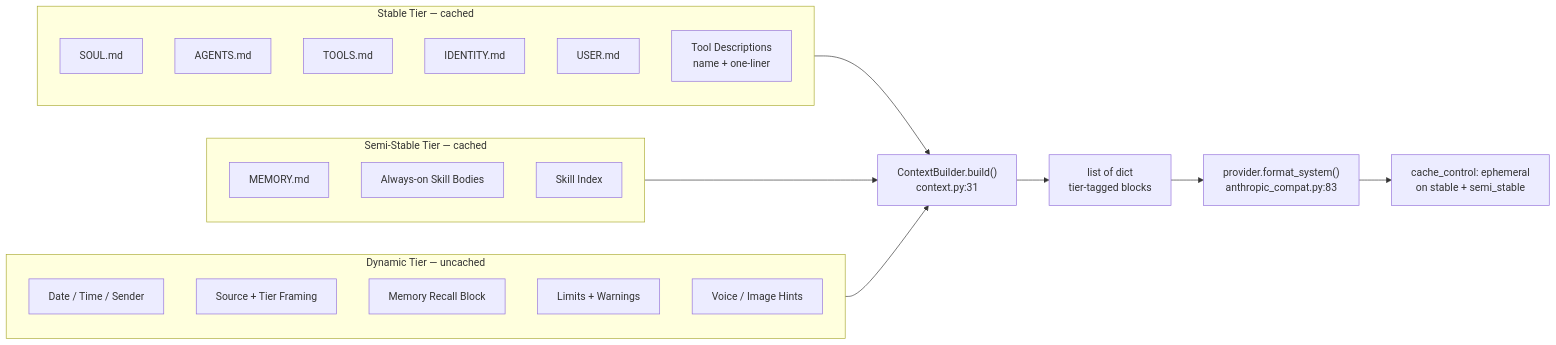
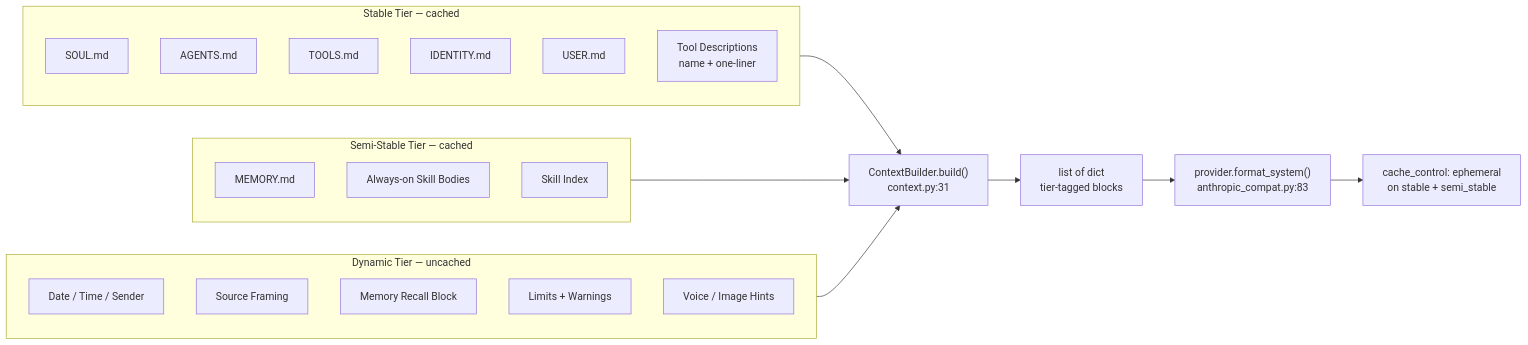
Before and after one commit to nicolasforstinger/lucyd: the third of 8 diagrams in docs/diagrams.md, drawn with Mermaid. The commit also changed other lines of this file and 42 other files, not shown here.

````diff
--- a/docs/diagrams.md
+++ b/docs/diagrams.md
@@ -92,35 +91,35 @@
 ```mermaid
 flowchart LR
     subgraph Stable["Stable Tier — cached"]
         SOUL["SOUL.md"]
         AGENTS["AGENTS.md"]
         TOOLS_MD["TOOLS.md"]
         IDENTITY["IDENTITY.md"]
         USER_MD["USER.md"]
         TOOL_DESC["Tool Descriptions<br/>name + one-liner"]
     end
 
     subgraph Semi["Semi-Stable Tier — cached"]
         MEMORY_MD["MEMORY.md"]
         SKILLS["Always-on Skill Bodies"]
         SKILL_IDX["Skill Index"]
     end
 
     subgraph Dynamic["Dynamic Tier — uncached"]
         TIME["Date / Time / Sender"]
-        SOURCE["Source + Tier Framing"]
+        SOURCE["Source Framing"]
         RECALL["Memory Recall Block"]
         LIMITS["Limits + Warnings"]
         VOICE["Voice / Image Hints"]
     end
 
     BUILD["ContextBuilder.build()<br/>context.py:31"]
     BLOCKS["list of dict<br/>tier-tagged blocks"]
     FORMAT["provider.format_system()<br/>anthropic_compat.py:83"]
     CACHED["cache_control: ephemeral<br/>on stable + semi_stable"]
 
     Stable --> BUILD
     Semi --> BUILD
     Dynamic --> BUILD
     BUILD --> BLOCKS --> FORMAT --> CACHED
 ```
````
